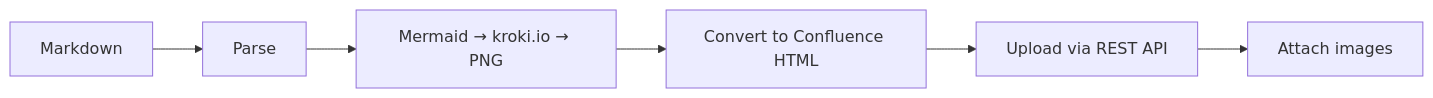
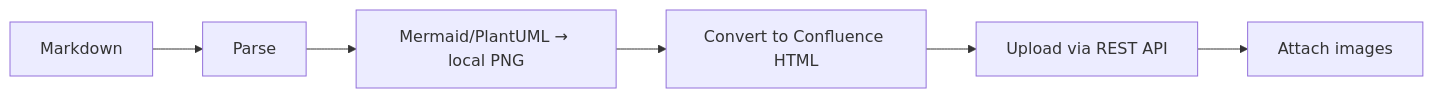
The diagram in README.md (SyahrulApr86/md2confluence), drawn with Mermaid before and after one commit. The commit also changed other lines of this file and 1 other file, not shown here.

Commit message:
feat: add local PlantUML rendering

````diff
--- a/README.md
+++ b/README.md
@@ -160,8 +161,8 @@
 ```mermaid
 flowchart LR
     A["Markdown"] --> B["Parse"]
-    B --> C["Mermaid → kroki.io → PNG"]
+    B --> C["Mermaid/PlantUML → local PNG"]
     C --> D["Convert to Confluence HTML"]
     D --> E["Upload via REST API"]
     E --> F["Attach images"]
 ```
````
